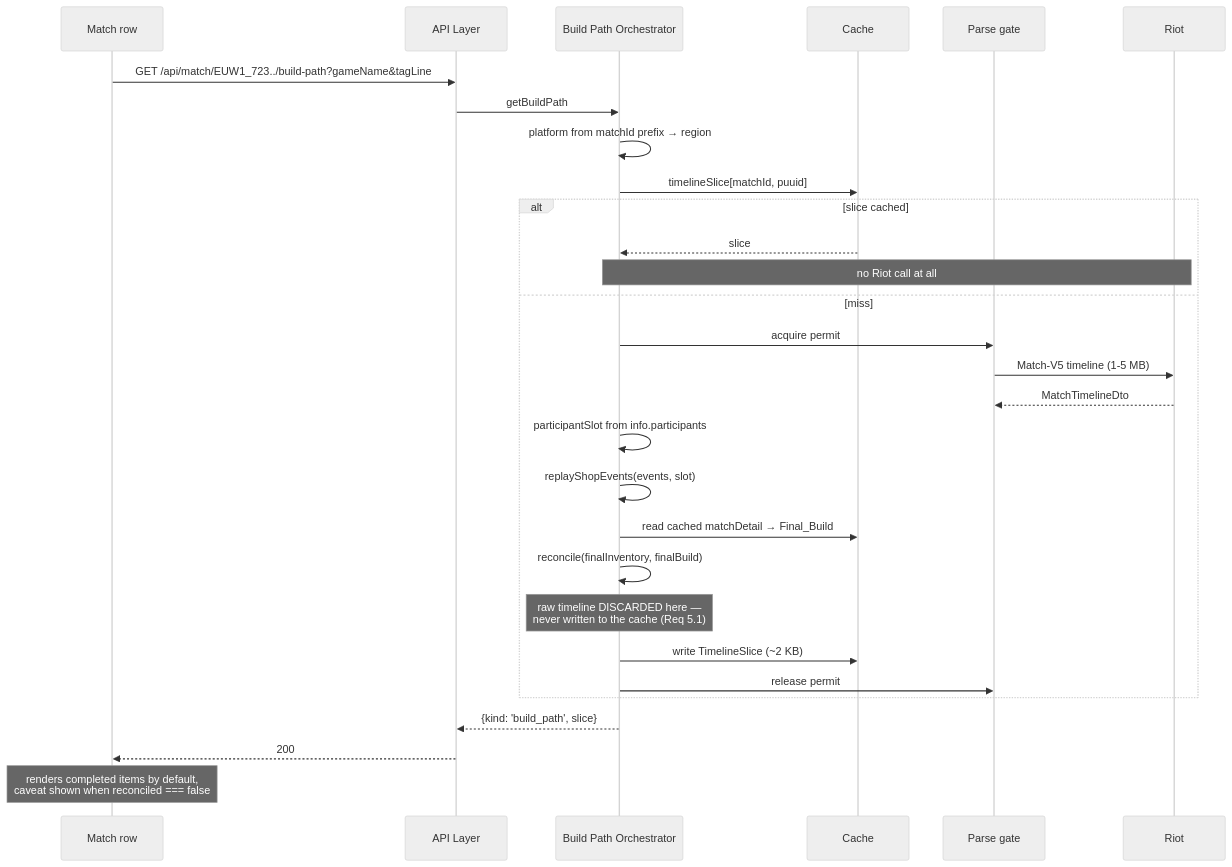
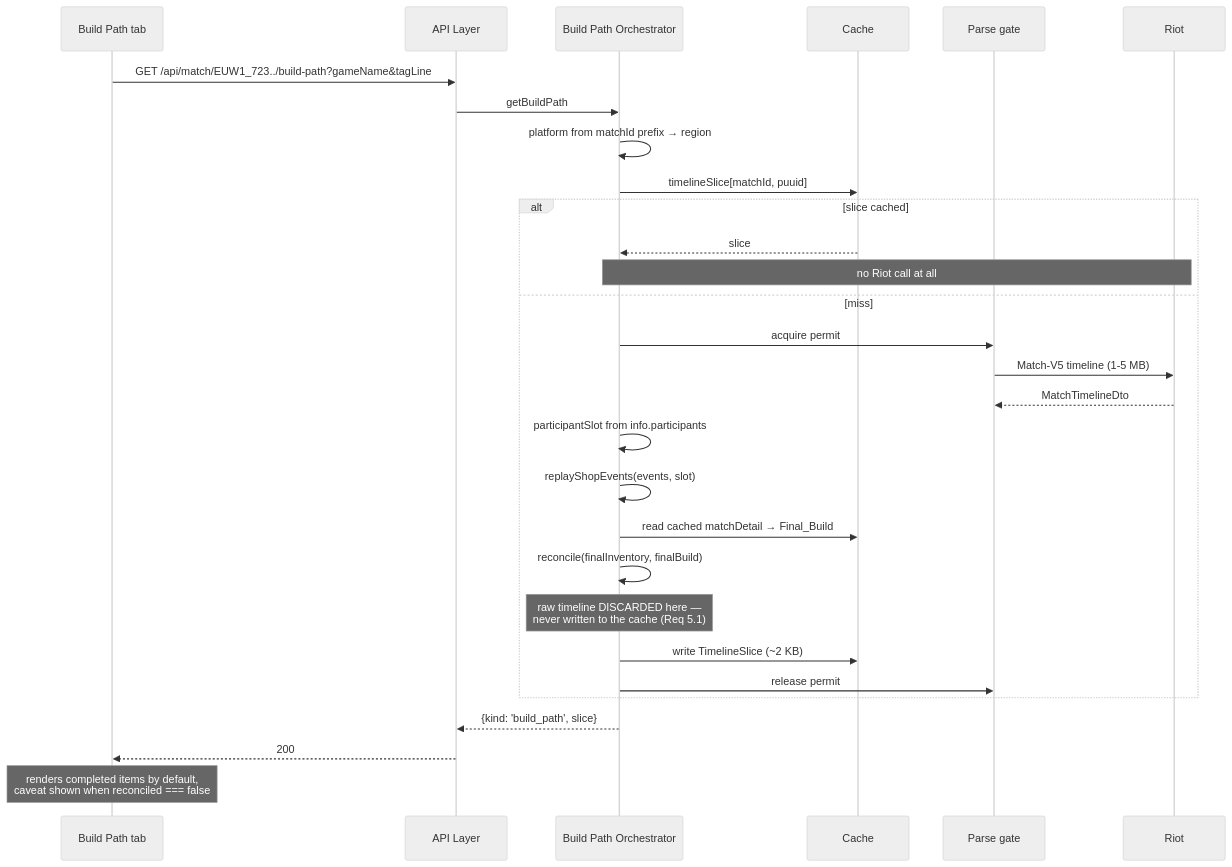
The second of 2 diagrams in specs/item-timeline/design.md (volcanio1/lolprofiles.gg), drawn with Mermaid (neutral theme) before and after one commit. The commit also changed other lines of this file and 5 other files, not shown here.

Commit message:
Match Details Overhaul and item timeline specs

````diff
--- a/specs/item-timeline/design.md
+++ b/specs/item-timeline/design.md
@@ -225,34 +233,34 @@
 ```mermaid
 sequenceDiagram
-    participant UI as Match row
+    participant UI as Build Path tab
     participant API as API Layer
     participant BPO as Build Path Orchestrator
     participant C as Cache
     participant G as Parse gate
     participant R as Riot
 
     UI->>API: GET /api/match/EUW1_723../build-path?gameName&tagLine
     API->>BPO: getBuildPath
     BPO->>BPO: platform from matchId prefix → region
     BPO->>C: timelineSlice[matchId, puuid]
 
     alt slice cached
         C-->>BPO: slice
         Note over BPO,R: no Riot call at all
     else miss
         BPO->>G: acquire permit
         G->>R: Match-V5 timeline (1-5 MB)
         R-->>G: MatchTimelineDto
         BPO->>BPO: participantSlot from info.participants
         BPO->>BPO: replayShopEvents(events, slot)
         BPO->>C: read cached matchDetail → Final_Build
         BPO->>BPO: reconcile(finalInventory, finalBuild)
         Note over BPO: raw timeline DISCARDED here —<br/>never written to the cache (Req 5.1)
         BPO->>C: write TimelineSlice (~2 KB)
         BPO->>G: release permit
     end
 
     BPO-->>API: {kind: 'build_path', slice}
     API-->>UI: 200
     Note over UI: renders completed items by default,<br/>caveat shown when reconciled === false
 ```
````
